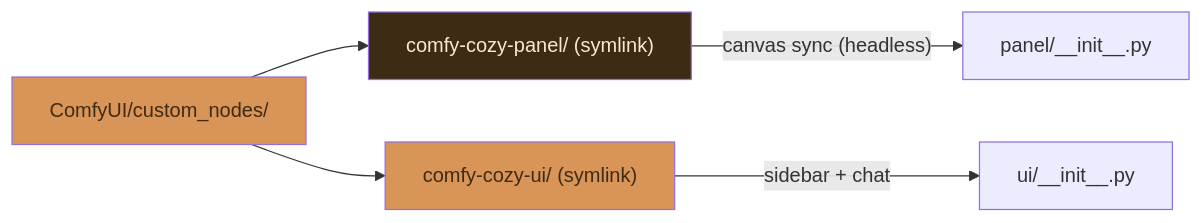
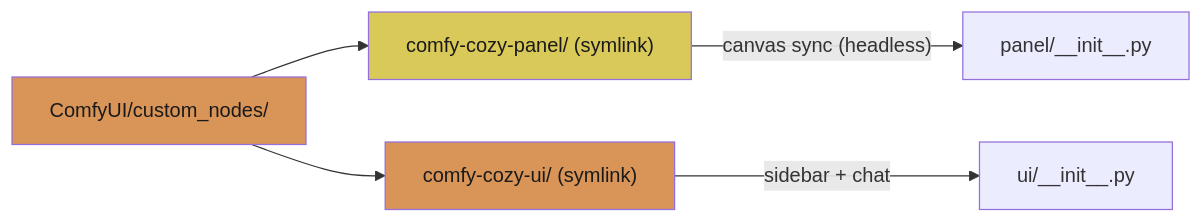
One commit to JosephOIbrahim/Comfy-Cozy changed the third of 25 diagrams in README.md. Above: the diagram before and after it, drawn with Mermaid. The commit also changed other lines of this file, not shown here.

First line of the commit message:
[DOCS] Mermaid palette: two-tone muted orange/yellow with black text

````diff
--- a/README.md
+++ b/README.md
@@ -200,11 +200,11 @@
 ```mermaid
 graph LR
     CN["ComfyUI/custom_nodes/"] --> P["comfy-cozy-panel/ (symlink)"]
     CN --> U["comfy-cozy-ui/ (symlink)"]
     P -->|"canvas sync (headless)"| Panel["panel/__init__.py"]
     U -->|"sidebar + chat"| UI["ui/__init__.py"]
 
-    style CN fill:#d99458,color:#3d2b14
-    style P fill:#3d2b14,color:#fde8cf
-    style U fill:#d99458,color:#3d2b14
+    style CN fill:#d99458,color:#1a1a1a
+    style P fill:#d9c958,color:#1a1a1a
+    style U fill:#d99458,color:#1a1a1a
 ```
````
